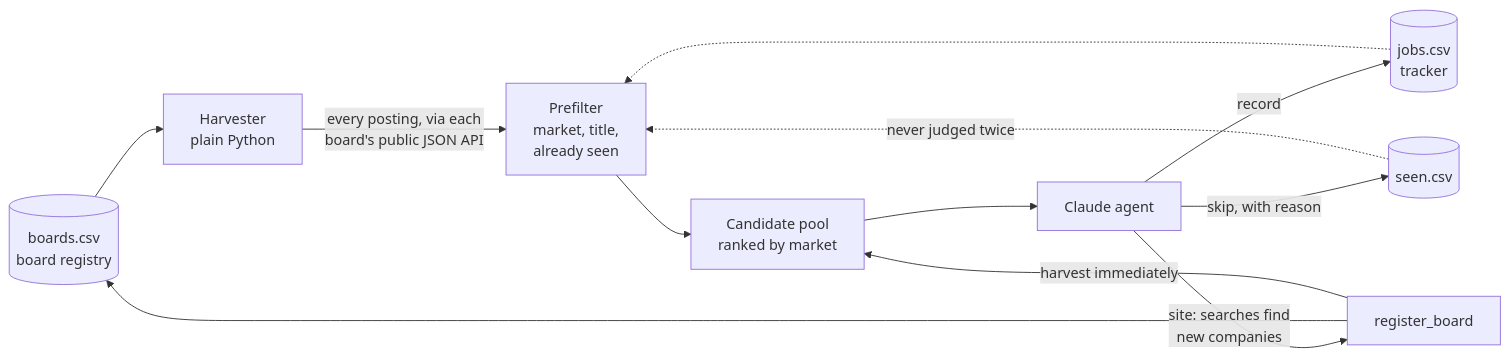
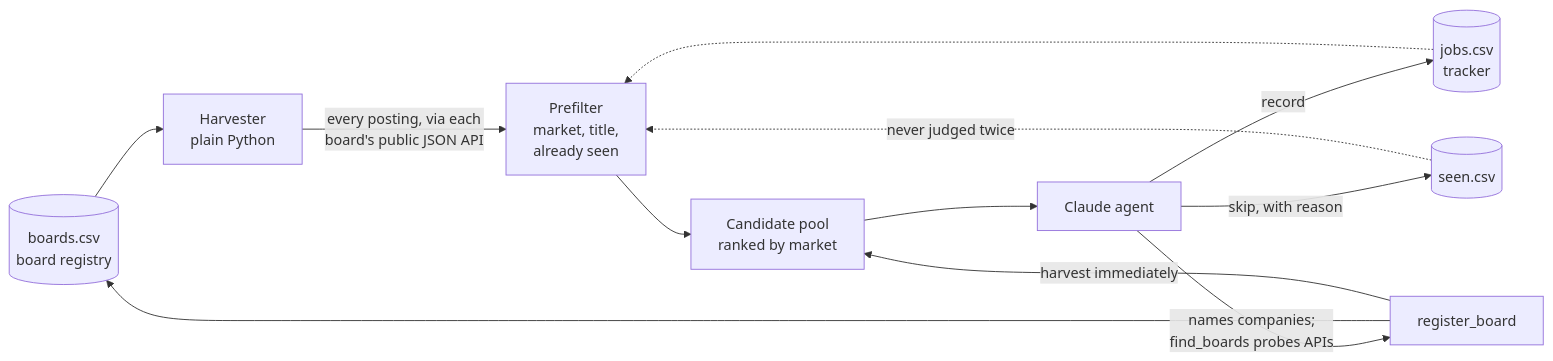
Before and after one commit to AdityaAji080/AI-Job-Agent: the diagram in README.md, drawn with Mermaid. The commit also changed other lines of this file and 7 other files, not shown here.

````diff
--- a/README.md
+++ b/README.md
@@ -25,14 +25,14 @@
 ```mermaid
 flowchart LR
     R[(boards.csv<br/>board registry)] --> H[Harvester<br/>plain Python]
     H -->|every posting, via each<br/>board's public JSON API| F[Prefilter<br/>market, title,<br/>already seen]
     F --> P[Candidate pool<br/>ranked by market]
     P --> A[Claude agent]
     A -->|record| J[(jobs.csv<br/>tracker)]
     A -->|skip, with reason| S[(seen.csv)]
-    A -->|site: searches find<br/>new companies| D[register_board]
+    A -->|names companies;<br/>find_boards probes APIs| D[register_board]
     D --> R
     D -->|harvest immediately| P
     S -.->|never judged twice| F
     J -.-> F
 ```
````
